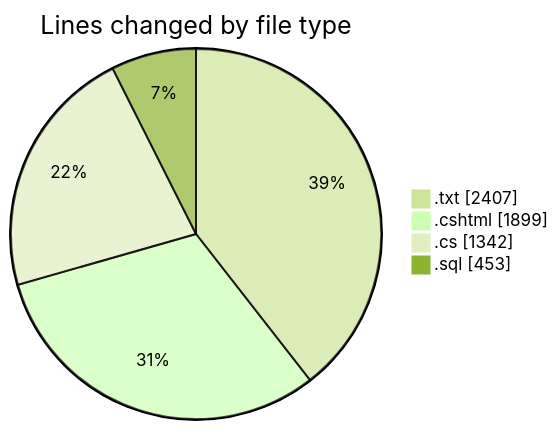
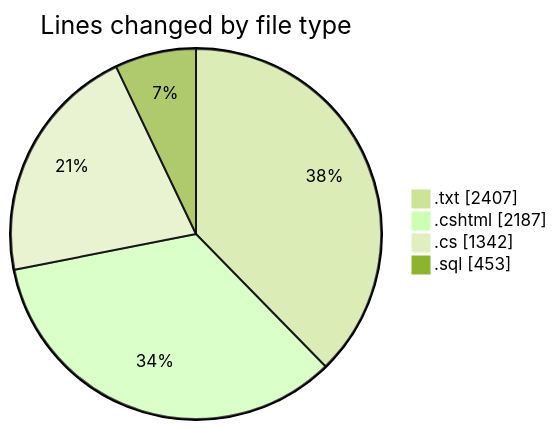
Before and after one commit to lephambinh05/code-tracking: the first of 2 diagrams in 2025-07-25/quanlyrapchieuphim-1/README.md, drawn with Mermaid (forest theme). The commit also changed other lines of this file and 1 other file, not shown here.

````diff
--- a/2025-07-25/quanlyrapchieuphim-1/README.md
+++ b/2025-07-25/quanlyrapchieuphim-1/README.md
@@ -25,8 +25,8 @@
 ```mermaid
 pie showData
 title Lines changed by file type
 ".txt" : 2407
-".cshtml" : 1899
+".cshtml" : 2187
 ".cs" : 1342
 ".sql" : 453
 ```
````
